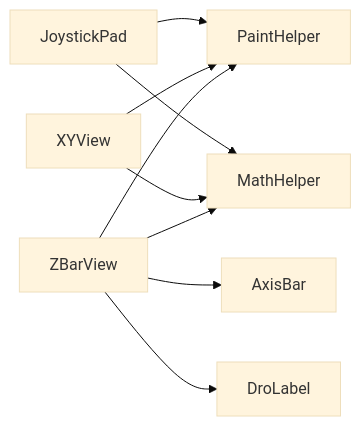
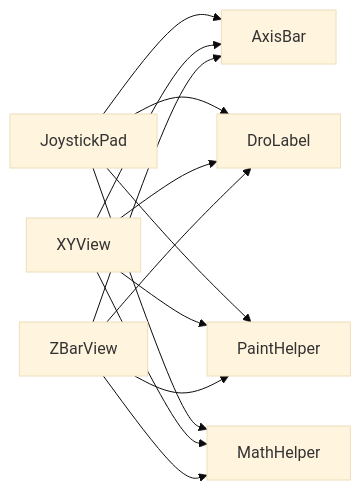
Before and after one commit to fuweiq94-cloud/3399180760: the sixth of 6 diagrams in .qoder/repowiki/zh/content/自定义控件库/高级控件.md, drawn with Mermaid (base theme). The commit also changed other lines of this file and 94 other files, not shown here.

````diff
--- a/.qoder/repowiki/zh/content/自定义控件库/高级控件.md
+++ b/.qoder/repowiki/zh/content/自定义控件库/高级控件.md
@@ -300,11 +346,15 @@
 ```mermaid
 graph LR
-JoystickPad["JoystickPad"] --> PaintHelper["PaintHelper"]
-JoystickPad --> MathHelper["MathHelper"]
-XYView["XYView"] --> PaintHelper
-XYView --> MathHelper
-ZBarView["ZBarView"] --> AxisBar["AxisBar"]
-ZBarView --> DroLabel["DroLabel"]
-ZBarView --> PaintHelper
-ZBarView --> MathHelper
+JP["JoystickPad"] --> AB["AxisBar"]
+XY["XYView"] --> AB
+ZB["ZBarView"] --> AB
+JP --> DL["DroLabel"]
+XY --> DL
+ZB --> DL
+JP --> PH["PaintHelper"]
+XY --> PH
+ZB --> PH
+JP --> MH["MathHelper"]
+XY --> MH
+ZB --> MH
 ```
````
